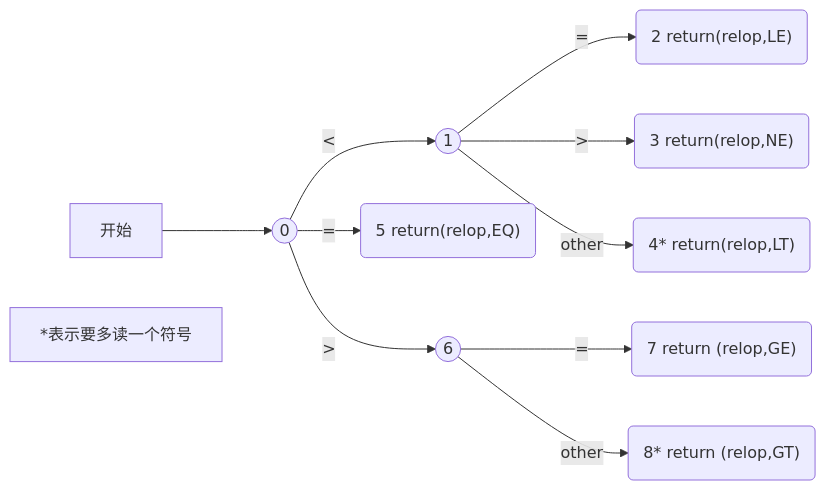
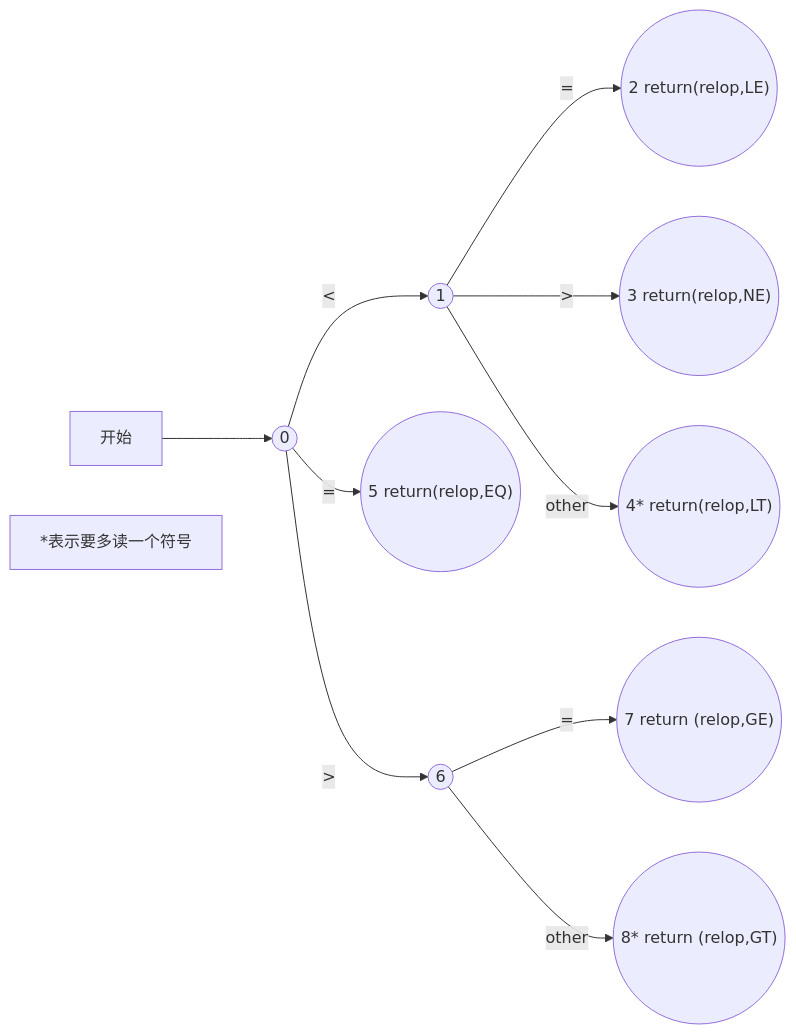
The fourth of 4 diagrams in README.md (forget-eve/Compiler-Principle), drawn with Mermaid before and after one commit. The commit also changed other lines of this file, not shown here.

````diff
--- a/README.md
+++ b/README.md
@@ -392,13 +392,13 @@
 ```mermaid
 graph LR
 A[开始] --> B((0))
 B --> | < | C((1))
-C --> | = | D("2 return(relop,LE)")
-C --> | > | E("3 return(relop,NE)")
-C --> |other| F("4* return(relop,LT)")
-B --> | = | G("5 return(relop,EQ)")
+C --> | = | D(("2 return(relop,LE)"))
+C --> | > | E(("3 return(relop,NE)"))
+C --> |other| F(("4* return(relop,LT)"))
+B --> | = | G(("5 return(relop,EQ)"))
 B --> | > | H((6))
-H --> | = | I("7 return (relop,GE)")
-H --> |other| J("8* return (relop,GT)")
+H --> | = | I(("7 return (relop,GE)"))
+H --> |other| J(("8* return (relop,GT)"))
 K[*表示要多读一个符号]
 ```
````
